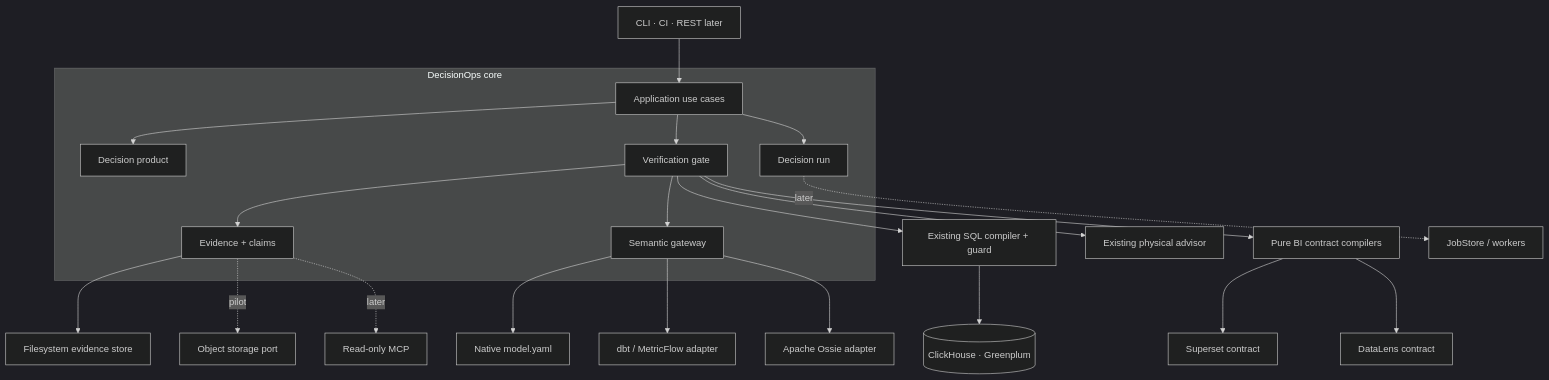
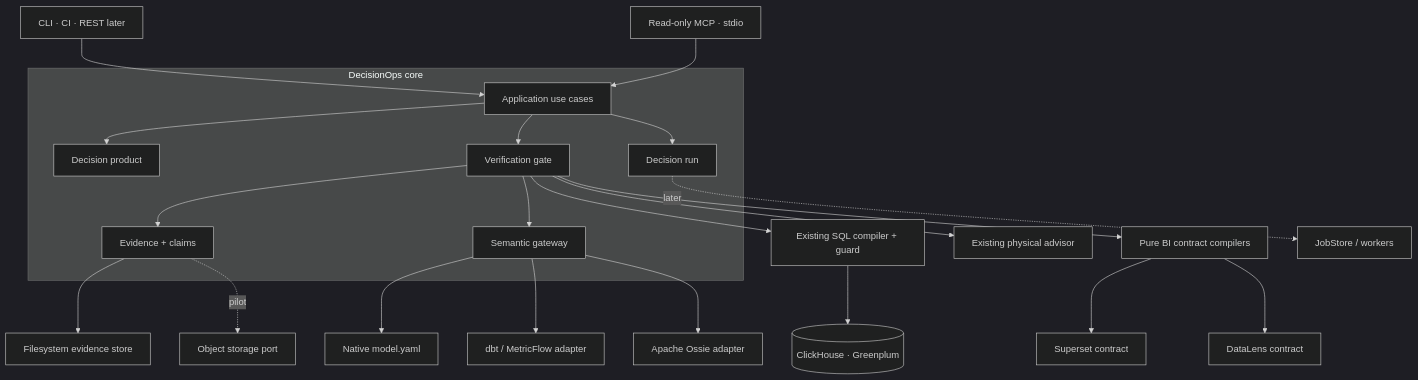
One commit to brownjuly2003-code/Auto_BI changed the first of 2 diagrams in docs/DECISIONOPS_ARCHITECTURE.md. Above: the diagram before and after it, drawn with Mermaid (dark theme). The commit also changed other lines of this file and 14 other files, not shown here.

First line of the commit message:
feat(decisionops): D5 — the decision commands as tools of a read-only MCP server (ADR 0012)

````diff
--- a/docs/DECISIONOPS_ARCHITECTURE.md
+++ b/docs/DECISIONOPS_ARCHITECTURE.md
@@ -117,28 +117,28 @@
 ```mermaid
 flowchart TB
     C["CLI · CI · REST later"] --> UC["Application use cases"]
 
     subgraph CORE["DecisionOps core"]
       UC --> DP["Decision product"]
       UC --> VG["Verification gate"]
       UC --> DR["Decision run"]
       VG --> EV["Evidence + claims"]
       VG --> SG["Semantic gateway"]
     end
 
     SG --> NS["Native model.yaml"]
     SG --> DBT["dbt / MetricFlow adapter"]
     SG --> OSSIE["Apache Ossie adapter"]
 
     VG --> SQL["Existing SQL compiler + guard"]
     VG --> ADV["Existing physical advisor"]
     VG --> BIC["Pure BI contract compilers"]
     SQL --> DWH[("ClickHouse · Greenplum")]
     BIC --> SUP["Superset contract"]
     BIC --> DL["DataLens contract"]
 
     EV --> FS["Filesystem evidence store"]
     EV -. pilot .-> OBJ["Object storage port"]
     DR -. later .-> JOB["JobStore / workers"]
-    EV -. later .-> MCP["Read-only MCP"]
+    MCP["Read-only MCP · stdio"] --> UC
 ```
````
